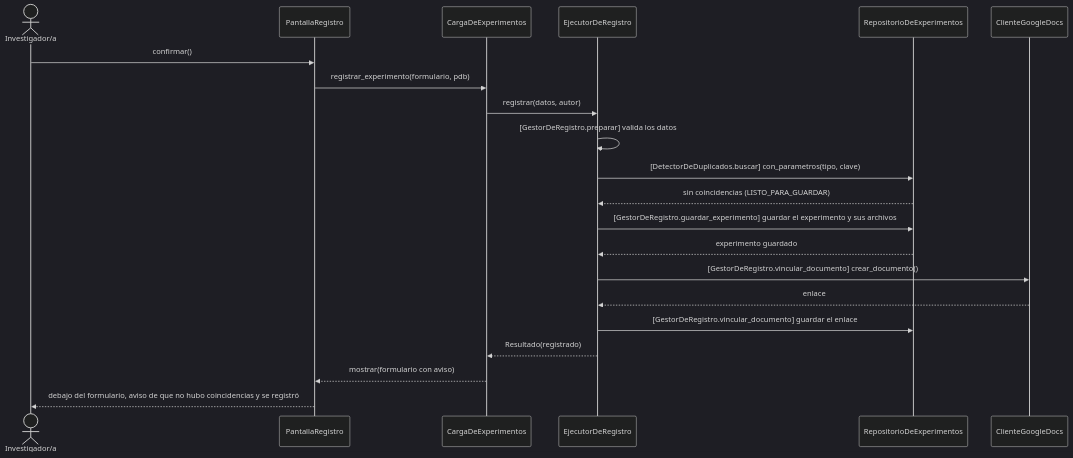
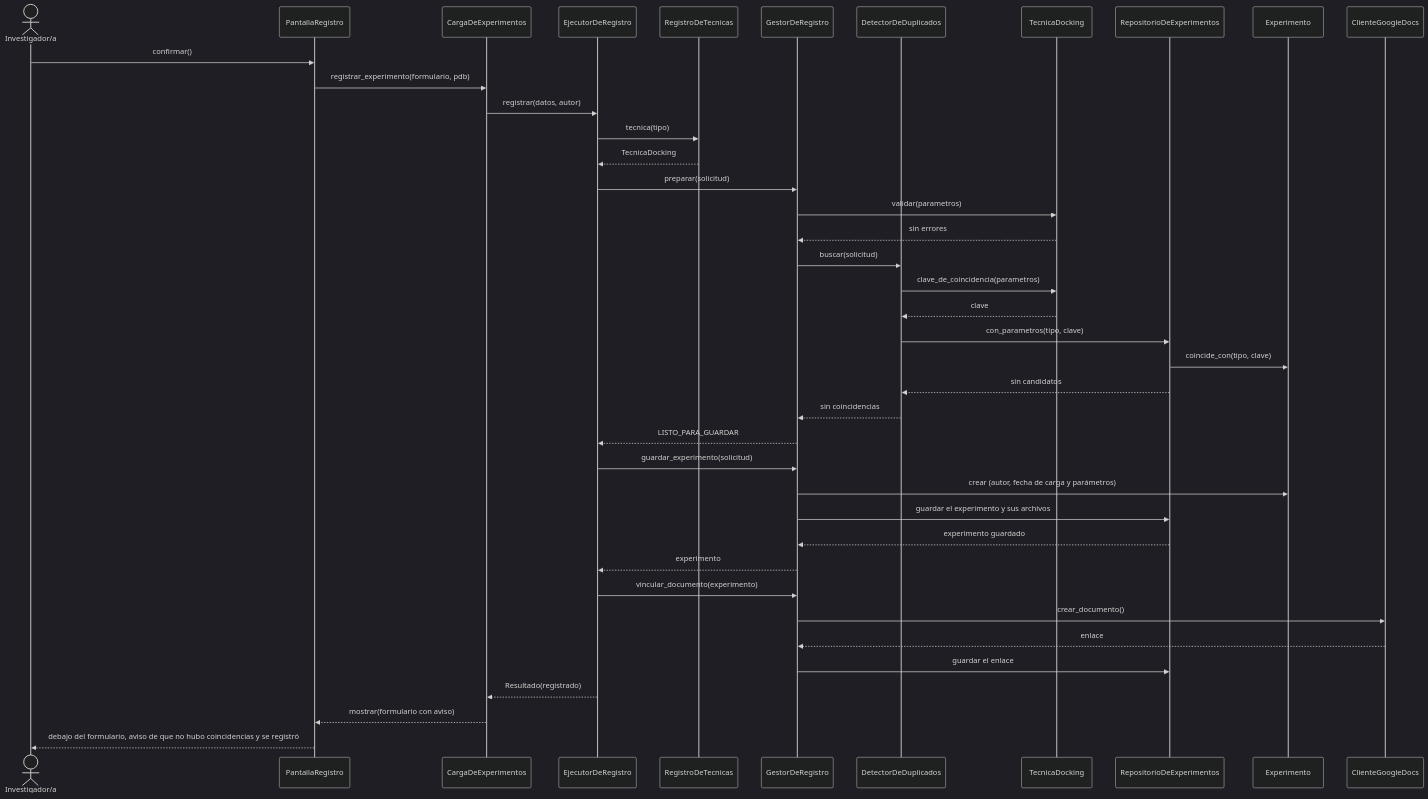
The second of 5 diagrams in docs/design/diseno-detallado.md (LucasSegovia01/BitacoraBio-2026), drawn with Mermaid (dark theme) before and after one commit. The commit also changed other lines of this file, not shown here.

````diff
--- a/docs/design/diseno-detallado.md
+++ b/docs/design/diseno-detallado.md
@@ -245,23 +248,42 @@
 ```mermaid
 sequenceDiagram
     actor Inv as Investigador/a
     participant PR as PantallaRegistro
     participant CE as CargaDeExperimentos
     participant E as EjecutorDeRegistro
+    participant RT as RegistroDeTecnicas
+    participant GR as GestorDeRegistro
+    participant DD as DetectorDeDuplicados
+    participant TD as TecnicaDocking
     participant RX as RepositorioDeExperimentos
+    participant EX as Experimento
     participant CG as ClienteGoogleDocs
     Inv->>PR: confirmar()
     PR->>CE: registrar_experimento(formulario, pdb)
     CE->>E: registrar(datos, autor)
-    E->>E: [GestorDeRegistro.preparar] valida los datos
-    E->>RX: [DetectorDeDuplicados.buscar] con_parametros(tipo, clave)
-    RX-->>E: sin coincidencias (LISTO_PARA_GUARDAR)
-    E->>RX: [GestorDeRegistro.guardar_experimento] guardar el experimento y sus archivos
-    RX-->>E: experimento guardado
-    E->>CG: [GestorDeRegistro.vincular_documento] crear_documento()
-    CG-->>E: enlace
-    E->>RX: [GestorDeRegistro.vincular_documento] guardar el enlace
+    E->>RT: tecnica(tipo)
+    RT-->>E: TecnicaDocking
+    E->>GR: preparar(solicitud)
+    GR->>TD: validar(parametros)
+    TD-->>GR: sin errores
+    GR->>DD: buscar(solicitud)
+    DD->>TD: clave_de_coincidencia(parametros)
+    TD-->>DD: clave
+    DD->>RX: con_parametros(tipo, clave)
+    RX->>EX: coincide_con(tipo, clave)
+    RX-->>DD: sin candidatos
+    DD-->>GR: sin coincidencias
+    GR-->>E: LISTO_PARA_GUARDAR
+    E->>GR: guardar_experimento(solicitud)
+    GR->>EX: crear (autor, fecha de carga y parámetros)
+    GR->>RX: guardar el experimento y sus archivos
+    RX-->>GR: experimento guardado
+    GR-->>E: experimento
+    E->>GR: vincular_documento(experimento)
+    GR->>CG: crear_documento()
+    CG-->>GR: enlace
+    GR->>RX: guardar el enlace
     E-->>CE: Resultado(registrado)
     CE-->>PR: mostrar(formulario con aviso)
     PR-->>Inv: debajo del formulario, aviso de que no hubo coincidencias y se registró
 ```
````
